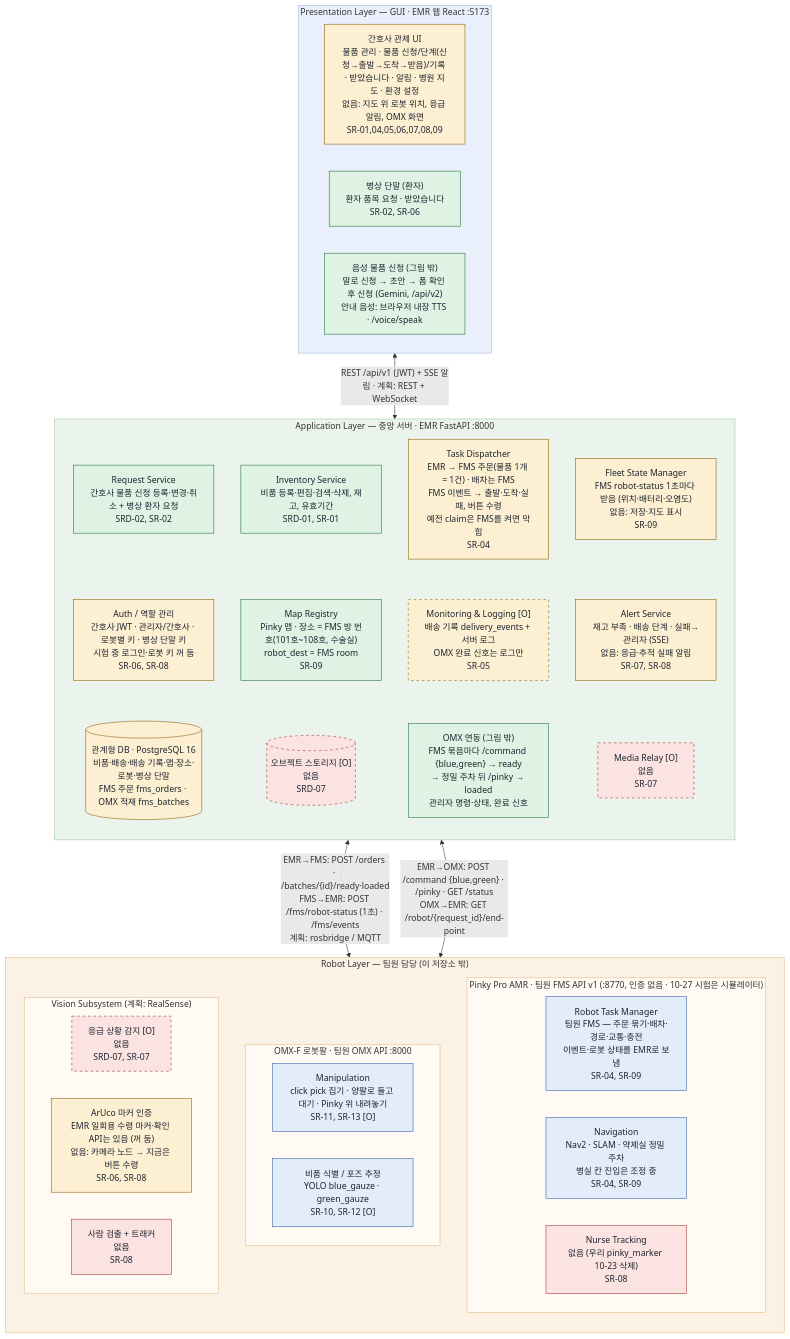
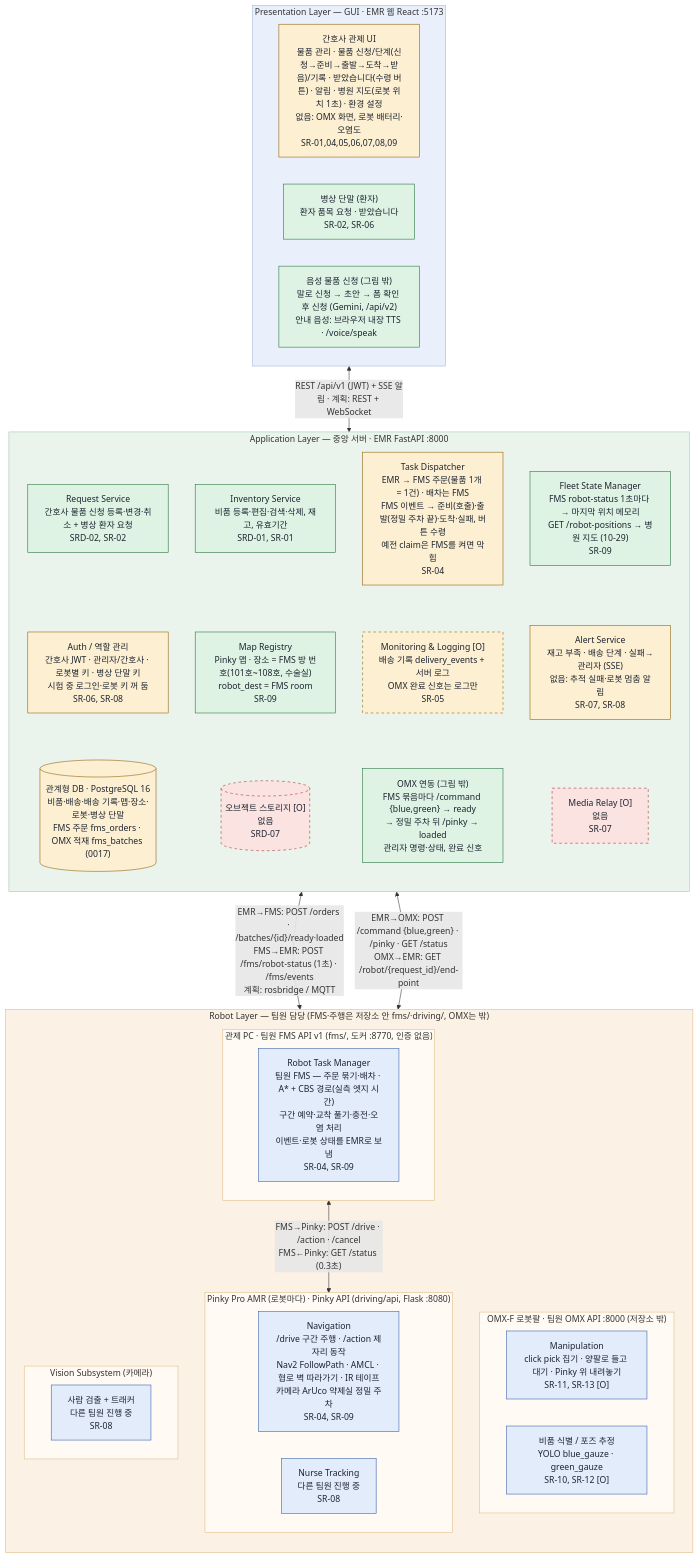
One commit to kernel-robot-9th/kernel-robot-repo-2 changed the diagram in docs/architecture/sw_3layer.mmd. Above: the diagram before and after it, drawn with Mermaid. The commit also changed 3 other files, not shown here.

Commit message:
문서: SW 3계층 구조도·README 갱신(10-30)

```diff
--- a/docs/architecture/sw_3layer.mmd
+++ b/docs/architecture/sw_3layer.mmd
@@ -1,73 +1,78 @@
 flowchart TB
-  %% 병원 배송 로봇 SW 3계층 구조 — 지금 구현 기준 (2026-10-27, calibration 브랜치)
+  %% 병원 배송 로봇 SW 3계층 구조 — 지금 구현 기준 (2026-10-29, calibration 브랜치 bf3f112 — 팀원 fms·driving 병합. 10-30 Vision 정리)
   %% EMR = 상위 관제: 바깥 연결은 팀원 FMS·팀원 OMX 둘뿐 (Pinky에 직접 붙지 않음)
+  %% Robot Layer: FMS(fms/, 관제 PC) → Pinky API(driving/api, 로봇 위) → ROS 2 Nav2. OMX만 저장소 밖
   %% draw.io: Arrange > Insert > Advanced > Mermaid 에 붙여 넣기
-  %% 색: 초록=구현 / 노랑=일부·다르게 / 빨강=없음 / 파랑=팀원 담당(이 저장소 밖), 점선 테두리=Priority O(옵션)
-  %% 뺀 것: 비상 조작 콘솔, Safety Monitor
+  %% 색: 초록=구현 / 노랑=일부·다르게 / 빨강=없음 / 파랑=팀원 담당(FMS·주행은 저장소 안 fms/·driving/, OMX는 밖), 점선 테두리=Priority O(옵션)
+  %% 뺀 것: 비상 조작 콘솔, Safety Monitor, 응급 상황 감지(10-30 — 그래서 Vision은 RealSense가 아니라 카메라)
+  %% 수령은 '받았습니다' 버튼(10-30 결정) — ArUco 마커 인증 블록은 뺌
 
   subgraph P["Presentation Layer — GUI · EMR 웹 React :5173"]
     direction LR
-    UI["간호사 관제 UI<br/>물품 관리 · 물품 신청/단계(신청→출발→도착→받음)/기록 · 받았습니다 · 알림 · 병원 지도 · 환경 설정<br/>없음: 지도 위 로봇 위치, 응급 알림, OMX 화면<br/>SR-01,04,05,06,07,08,09"]:::part
+    UI["간호사 관제 UI<br/>물품 관리 · 물품 신청/단계(신청→준비→출발→도착→받음)/기록 · 받았습니다(수령 버튼) · 알림 · 병원 지도(로봇 위치 1초) · 환경 설정<br/>없음: OMX 화면, 로봇 배터리·오염도<br/>SR-01,04,05,06,07,08,09"]:::part
     BED["병상 단말 (환자)<br/>환자 품목 요청 · 받았습니다<br/>SR-02, SR-06"]:::ok
     VOI["음성 물품 신청 (그림 밖)<br/>말로 신청 → 초안 → 폼 확인 후 신청 (Gemini, /api/v2)<br/>안내 음성: 브라우저 내장 TTS · /voice/speak"]:::ok
   end
 
   subgraph A["Application Layer — 중앙 서버 · EMR FastAPI :8000"]
     direction TB
     REQ["Request Service<br/>간호사 물품 신청 등록·변경·취소 + 병상 환자 요청<br/>SRD-02, SR-02"]:::ok
     INV["Inventory Service<br/>비품 등록·편집·검색·삭제, 재고, 유효기간<br/>SRD-01, SR-01"]:::ok
-    DSP["Task Dispatcher<br/>EMR → FMS 주문(물품 1개 = 1건) · 배차는 FMS<br/>FMS 이벤트 → 출발·도착·실패, 버튼 수령<br/>예전 claim은 FMS를 켜면 막힘<br/>SR-04"]:::part
-    FLT["Fleet State Manager<br/>FMS robot-status 1초마다 받음 (위치·배터리·오염도)<br/>없음: 저장·지도 표시<br/>SR-09"]:::part
-    ALT["Alert Service<br/>재고 부족 · 배송 단계 · 실패→관리자 (SSE)<br/>없음: 응급·추적 실패 알림<br/>SR-07, SR-08"]:::part
+    DSP["Task Dispatcher<br/>EMR → FMS 주문(물품 1개 = 1건) · 배차는 FMS<br/>FMS 이벤트 → 준비(호출)·출발(정밀 주차 끝)·도착·실패, 버튼 수령<br/>예전 claim은 FMS를 켜면 막힘<br/>SR-04"]:::part
+    FLT["Fleet State Manager<br/>FMS robot-status 1초마다 → 마지막 위치 메모리<br/>GET /robot-positions → 병원 지도 (10-29)<br/>SR-09"]:::ok
+    ALT["Alert Service<br/>재고 부족 · 배송 단계 · 실패→관리자 (SSE)<br/>없음: 추적 실패·로봇 멈춤 알림<br/>SR-07, SR-08"]:::part
     AUTH["Auth / 역할 관리<br/>간호사 JWT · 관리자/간호사 · 로봇별 키 · 병상 단말 키<br/>시험 중 로그인·로봇 키 꺼 둠<br/>SR-06, SR-08"]:::part
     LOG["Monitoring & Logging [O]<br/>배송 기록 delivery_events + 서버 로그<br/>OMX 완료 신호는 로그만<br/>SR-05"]:::partopt
     MED["Media Relay [O]<br/>없음<br/>SR-07"]:::noneopt
     MAP["Map Registry<br/>Pinky 맵 · 장소 = FMS 방 번호(101호~108호, 수술실)<br/>robot_dest = FMS room<br/>SR-09"]:::ok
     OMXC["OMX 연동 (그림 밖)<br/>FMS 묶음마다 /command {blue,green} → ready<br/>→ 정밀 주차 뒤 /pinky → loaded<br/>관리자 명령·상태, 완료 신호"]:::ok
-    DB[("관계형 DB · PostgreSQL 16<br/>비품·배송·배송 기록·맵·장소·로봇·병상 단말<br/>FMS 주문 fms_orders · OMX 적재 fms_batches")]:::part
+    DB[("관계형 DB · PostgreSQL 16<br/>비품·배송·배송 기록·맵·장소·로봇·병상 단말<br/>FMS 주문 fms_orders · OMX 적재 fms_batches (0017)")]:::part
     OBJ[("오브젝트 스토리지 [O]<br/>없음<br/>SRD-07")]:::noneopt
     %% 보이지 않는 연결로 4열 배치 (서비스 → 횡단 기능 → 저장소)
     REQ ~~~ AUTH ~~~ DB
     INV ~~~ MAP ~~~ OBJ
     DSP ~~~ LOG ~~~ OMXC
     FLT ~~~ ALT ~~~ MED
   end
 
-  subgraph R["Robot Layer — 팀원 담당 (이 저장소 밖)"]
+  subgraph R["Robot Layer — 팀원 담당 (FMS·주행은 저장소 안 fms/·driving/, OMX는 밖)"]
     direction TB
-    subgraph RP["Pinky Pro AMR · 팀원 FMS API v1 (:8770, 인증 없음 · 10-27 시험은 시뮬레이터)"]
+    subgraph RF["관제 PC · 팀원 FMS API v1 (fms/, 도커 :8770, 인증 없음)"]
       direction LR
-      RTM["Robot Task Manager<br/>팀원 FMS — 주문 묶기·배차·경로·교통·충전<br/>이벤트·로봇 상태를 EMR로 보냄<br/>SR-04, SR-09"]:::team
-      NAV["Navigation<br/>Nav2 · SLAM · 약제실 정밀 주차<br/>병실 칸 진입은 조정 중<br/>SR-04, SR-09"]:::team
-      TRK["Nurse Tracking<br/>없음 (우리 pinky_marker 10-23 삭제)<br/>SR-08"]:::none
+      RTM["Robot Task Manager<br/>팀원 FMS — 주문 묶기·배차 · A* + CBS 경로(실측 엣지 시간)<br/>구간 예약·교착 풀기·충전·오염 처리<br/>이벤트·로봇 상태를 EMR로 보냄<br/>SR-04, SR-09"]:::team
     end
-    subgraph RO["OMX-F 로봇팔 · 팀원 OMX API :8000"]
+    subgraph RP["Pinky Pro AMR (로봇마다) · Pinky API (driving/api, Flask :8080)"]
+      direction LR
+      NAV["Navigation<br/>/drive 구간 주행 · /action 제자리 동작<br/>Nav2 FollowPath · AMCL · 협로 벽 따라가기 · IR 테이프<br/>카메라 ArUco 약제실 정밀 주차<br/>SR-04, SR-09"]:::team
+      TRK["Nurse Tracking<br/>다른 팀원 진행 중<br/>SR-08"]:::team
+    end
+    subgraph RO["OMX-F 로봇팔 · 팀원 OMX API :8000 (저장소 밖)"]
       direction LR
       MAN["Manipulation<br/>click pick 집기 · 양팔로 들고 대기 · Pinky 위 내려놓기<br/>SR-11, SR-13 [O]"]:::team
       VID["비품 식별 / 포즈 추정<br/>YOLO blue_gauze · green_gauze<br/>SR-10, SR-12 [O]"]:::team
     end
-    subgraph V["Vision Subsystem (계획: RealSense)"]
+    subgraph V["Vision Subsystem (카메라)"]
       direction LR
-      EMG["응급 상황 감지 [O]<br/>없음<br/>SRD-07, SR-07"]:::noneopt
-      ARU["ArUco 마커 인증<br/>EMR 일회용 수령 마커·확인 API는 있음 (꺼 둠)<br/>없음: 카메라 노드 → 지금은 버튼 수령<br/>SR-06, SR-08"]:::part
-      PER["사람 검출 + 트래커<br/>없음<br/>SR-08"]:::none
+      PER["사람 검출 + 트래커<br/>다른 팀원 진행 중<br/>SR-08"]:::team
     end
   end
 
   P <-->|"REST /api/v1 (JWT) + SSE 알림 · 계획: REST + WebSocket"| A
-  A <-->|"EMR→FMS: POST /orders · /batches/{id}/ready·loaded<br/>FMS→EMR: POST /fms/robot-status (1초) · /fms/events<br/>계획: rosbridge / MQTT"| RP
+  A <-->|"EMR→FMS: POST /orders · /batches/{id}/ready·loaded<br/>FMS→EMR: POST /fms/robot-status (1초) · /fms/events<br/>계획: rosbridge / MQTT"| RF
+  RF <-->|"FMS→Pinky: POST /drive · /action · /cancel<br/>FMS←Pinky: GET /status (0.3초)"| RP
   A <-->|"EMR→OMX: POST /command {blue,green} · /pinky · GET /status<br/>OMX→EMR: GET /robot/{request_id}/end-point"| RO
 
   classDef ok fill:#dff3e4,stroke:#1d6b34,color:#1d2330
   classDef part fill:#fdf0d2,stroke:#8a5a00,color:#1d2330
   classDef none fill:#fbe3e1,stroke:#a3302a,color:#1d2330
   classDef team fill:#e3ecfb,stroke:#2f5aa8,color:#1d2330
   classDef partopt fill:#fdf0d2,stroke:#8a5a00,color:#1d2330,stroke-dasharray:5 5
   classDef noneopt fill:#fbe3e1,stroke:#a3302a,color:#1d2330,stroke-dasharray:5 5
 
   style P fill:#e9f0fb,stroke:#9db6e0
   style A fill:#eaf4ec,stroke:#9cc7a6
   style R fill:#fbf1e4,stroke:#e2b980
+  style RF fill:#fffaf3,stroke:#e2b980
   style RP fill:#fffaf3,stroke:#e2b980
   style RO fill:#fffaf3,stroke:#e2b980
   style V fill:#fffaf3,stroke:#e2b980
```
